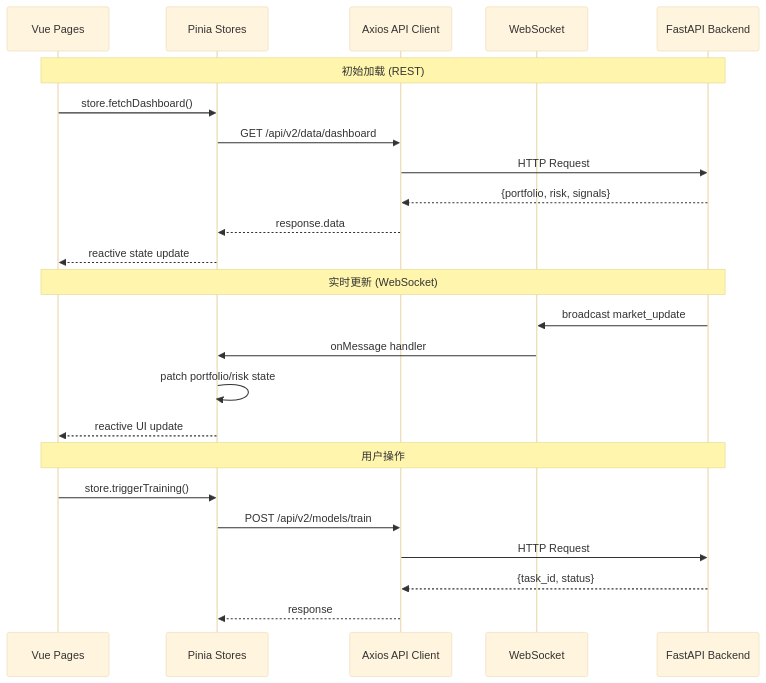
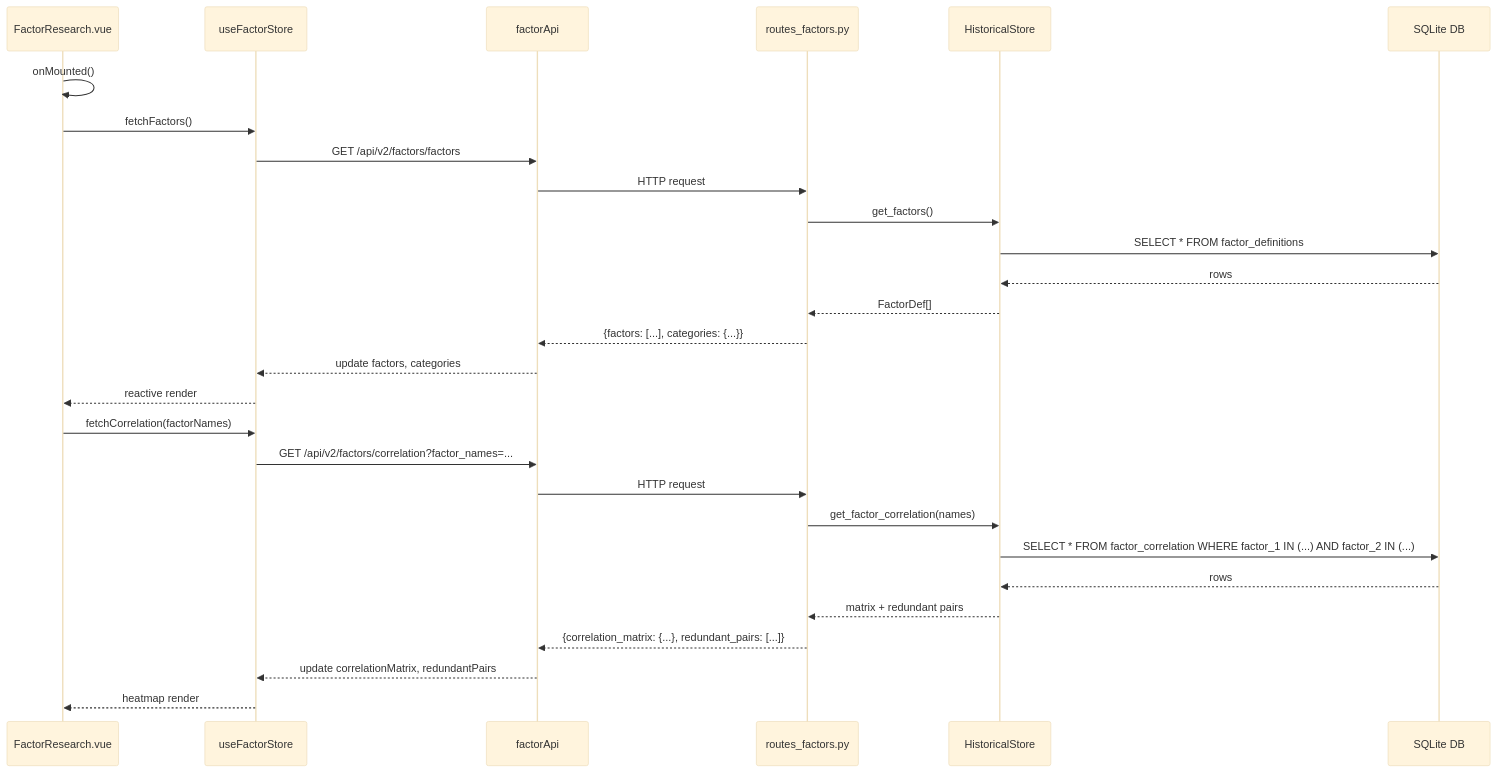
Before and after one commit to AndrewMa1992/quant-ai-trader: the second of 6 diagrams in docs/system_design.md, drawn with Mermaid (base theme). The commit also changed other lines of this file and 2 other files, not shown here.

````diff
--- a/docs/system_design.md
+++ b/docs/system_design.md
@@ -484,32 +295,32 @@
 ```mermaid
 sequenceDiagram
-    participant V as Vue Pages
-    participant S as Pinia Stores
-    participant API as Axios API Client
-    participant WS as WebSocket
-    participant BE as FastAPI Backend
+    participant V as FactorResearch.vue
+    participant S as useFactorStore
+    participant A as factorApi
+    participant R as routes_factors.py
+    participant H as HistoricalStore
+    participant D as SQLite DB
 
-    Note over V,BE: 初始加载 (REST)
+    V->>V: onMounted()
+    V->>S: fetchFactors()
+    S->>A: GET /api/v2/factors/factors
+    A->>R: HTTP request
+    R->>H: get_factors()
+    H->>D: SELECT * FROM factor_definitions
+    D-->>H: rows
+    H-->>R: FactorDef[]
+    R-->>A: {factors: [...], categories: {...}}
+    A-->>S: update factors, categories
+    S-->>V: reactive render
 
-    V->>S: store.fetchDashboard()
-    S->>API: GET /api/v2/data/dashboard
-    API->>BE: HTTP Request
-    BE-->>API: {portfolio, risk, signals}
-    API-->>S: response.data
-    S-->>V: reactive state update
-
-    Note over V,BE: 实时更新 (WebSocket)
-
-    BE->>WS: broadcast market_update
-    WS->>S: onMessage handler
-    S->>S: patch portfolio/risk state
-    S-->>V: reactive UI update
-
-    Note over V,BE: 用户操作
-
-    V->>S: store.triggerTraining()
-    S->>API: POST /api/v2/models/train
-    API->>BE: HTTP Request
-    BE-->>API: {task_id, status}
-    API-->>S: response
+    V->>S: fetchCorrelation(factorNames)
+    S->>A: GET /api/v2/factors/correlation?factor_names=...
+    A->>R: HTTP request
+    R->>H: get_factor_correlation(names)
+    H->>D: SELECT * FROM factor_correlation WHERE factor_1 IN (...) AND factor_2 IN (...)
+    D-->>H: rows
+    H-->>R: matrix + redundant pairs
+    R-->>A: {correlation_matrix: {...}, redundant_pairs: [...]}
+    A-->>S: update correlationMatrix, redundantPairs
+    S-->>V: heatmap render
 ```
````
